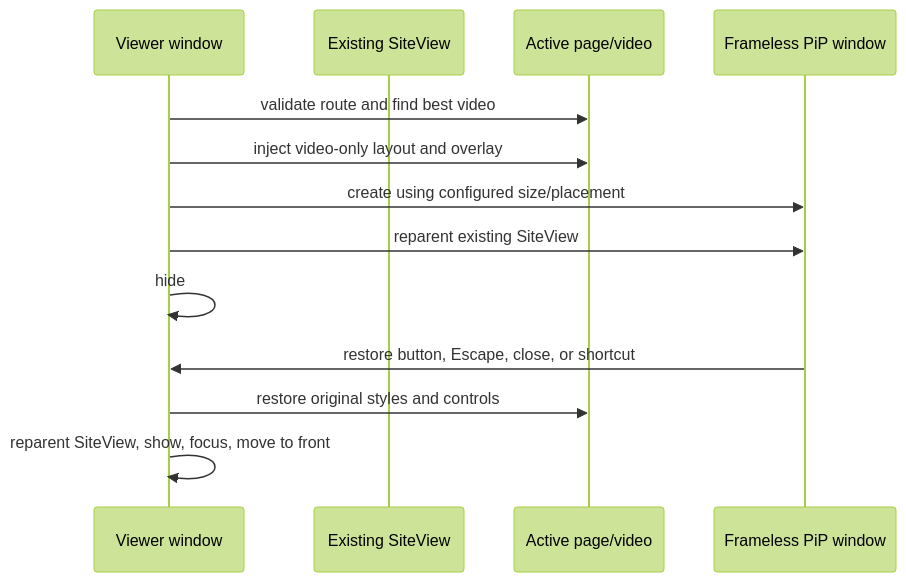
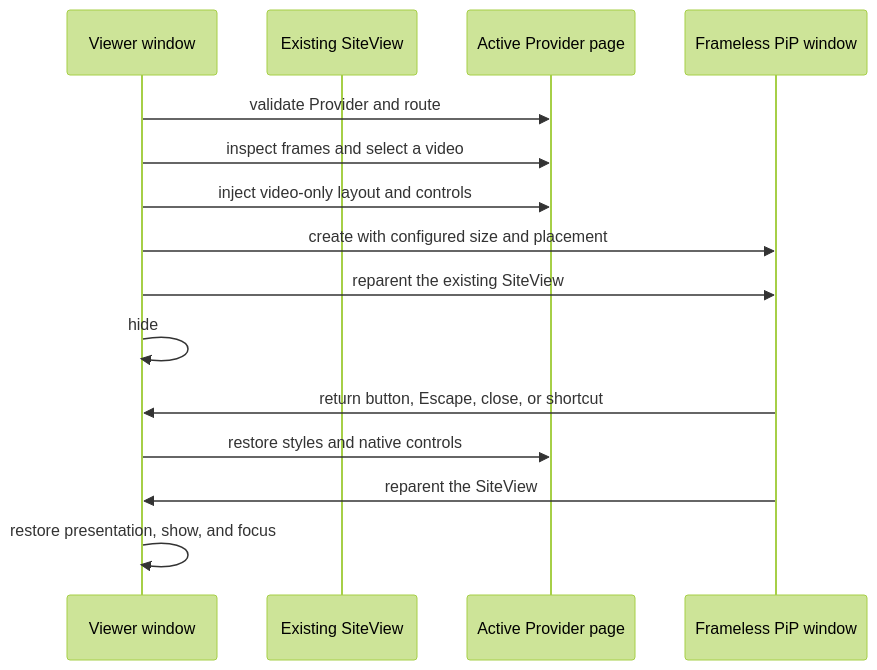
One commit to fabyday/kawaikara changed the diagram in docs/Developer/Features/PictureInPicture.md. Above: the diagram before and after it, drawn with Mermaid (forest theme). The commit also changed other lines of this file and 161 other files, not shown here.

````diff
--- a/docs/Developer/Features/PictureInPicture.md
+++ b/docs/Developer/Features/PictureInPicture.md
@@ -17,16 +30,18 @@
 ```mermaid
 sequenceDiagram
   participant Viewer as Viewer window
   participant View as Existing SiteView
-  participant Page as Active page/video
+  participant Page as Active Provider page
   participant PiP as Frameless PiP window
 
-  Viewer->>Page: validate route and find best video
-  Viewer->>Page: inject video-only layout and overlay
-  Viewer->>PiP: create using configured size/placement
-  Viewer->>PiP: reparent existing SiteView
+  Viewer->>Page: validate Provider and route
+  Viewer->>Page: inspect frames and select a video
+  Viewer->>Page: inject video-only layout and controls
+  Viewer->>PiP: create with configured size and placement
+  Viewer->>PiP: reparent the existing SiteView
   Viewer->>Viewer: hide
-  PiP->>Viewer: restore button, Escape, close, or shortcut
-  Viewer->>Page: restore original styles and controls
-  Viewer->>Viewer: reparent SiteView, show, focus, move to front
+  PiP->>Viewer: return button, Escape, close, or shortcut
+  Viewer->>Page: restore styles and native controls
+  PiP->>Viewer: reparent the SiteView
+  Viewer->>Viewer: restore presentation, show, and focus
 ```
````
